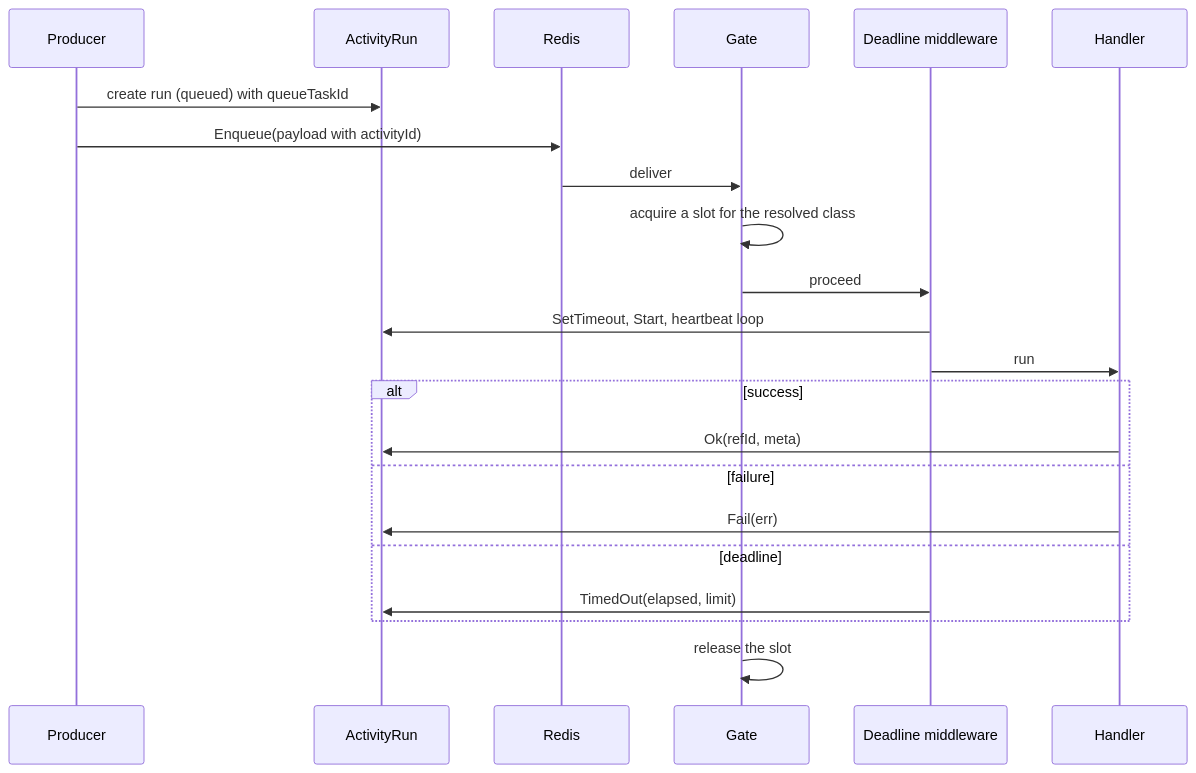
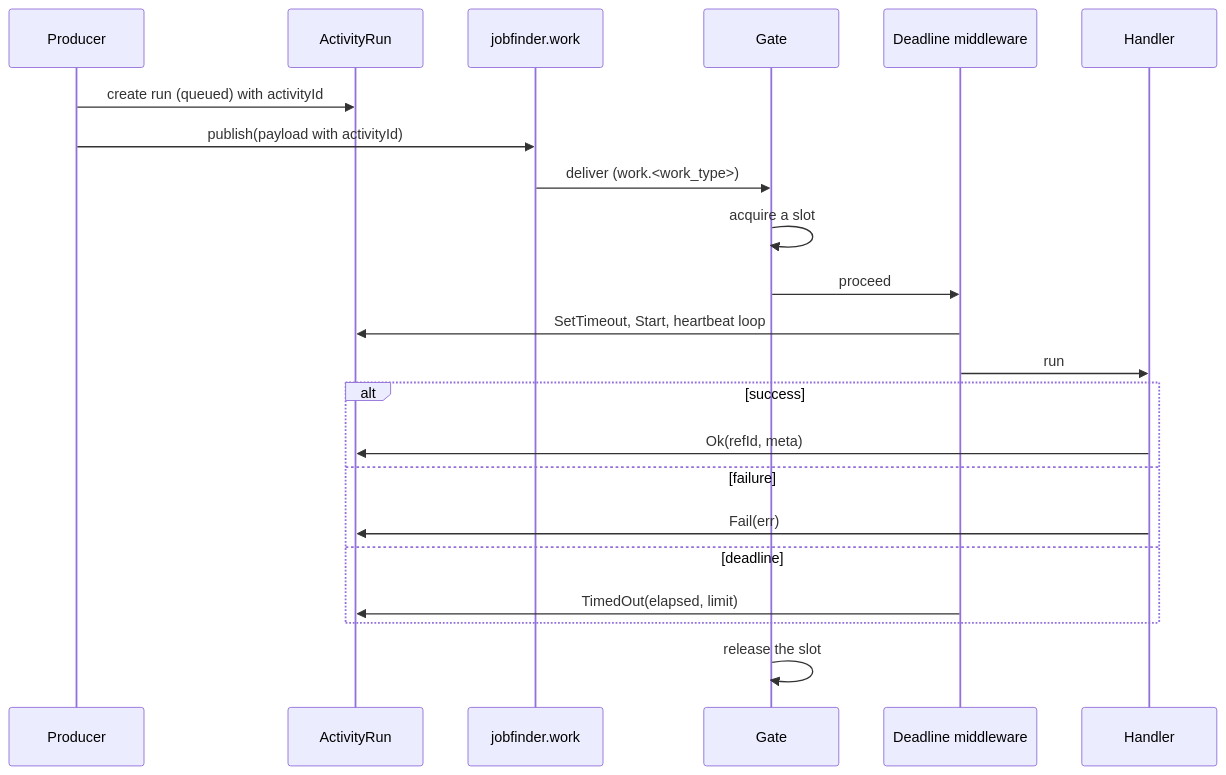
The third of 3 diagrams in docs/docs/async/overview.md (nonamecat19/job-finder), drawn with Mermaid before and after one commit. The commit also changed other lines of this file and 13 other files, not shown here.

````diff
--- a/docs/docs/async/overview.md
+++ b/docs/docs/async/overview.md
@@ -110,24 +111,24 @@
 ```mermaid
 sequenceDiagram
     participant P as Producer
     participant AR as ActivityRun
-    participant R as Redis
+    participant EX as jobfinder.work
     participant G as Gate
     participant D as Deadline middleware
     participant H as Handler
-    P->>AR: create run (queued) with queueTaskId
-    P->>R: Enqueue(payload with activityId)
-    R->>G: deliver
-    G->>G: acquire a slot for the resolved class
+    P->>AR: create run (queued) with activityId
+    P->>EX: publish(payload with activityId)
+    EX->>G: deliver (work.<work_type>)
+    G->>G: acquire a slot
     G->>D: proceed
     D->>AR: SetTimeout, Start, heartbeat loop
     D->>H: run
     alt success
         H->>AR: Ok(refId, meta)
     else failure
         H->>AR: Fail(err)
     else deadline
         D->>AR: TimedOut(elapsed, limit)
     end
     G->>G: release the slot
 ```
````
